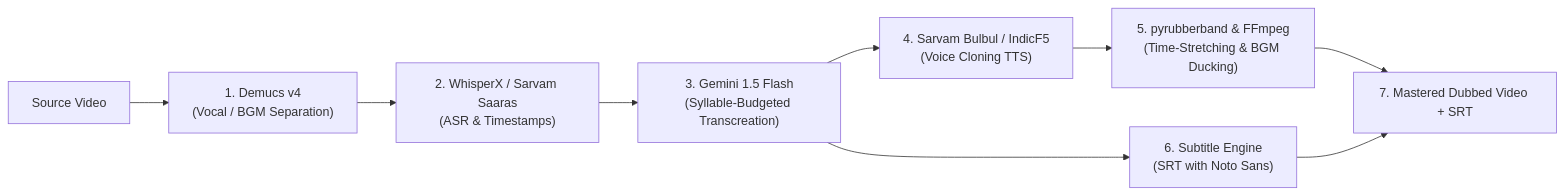
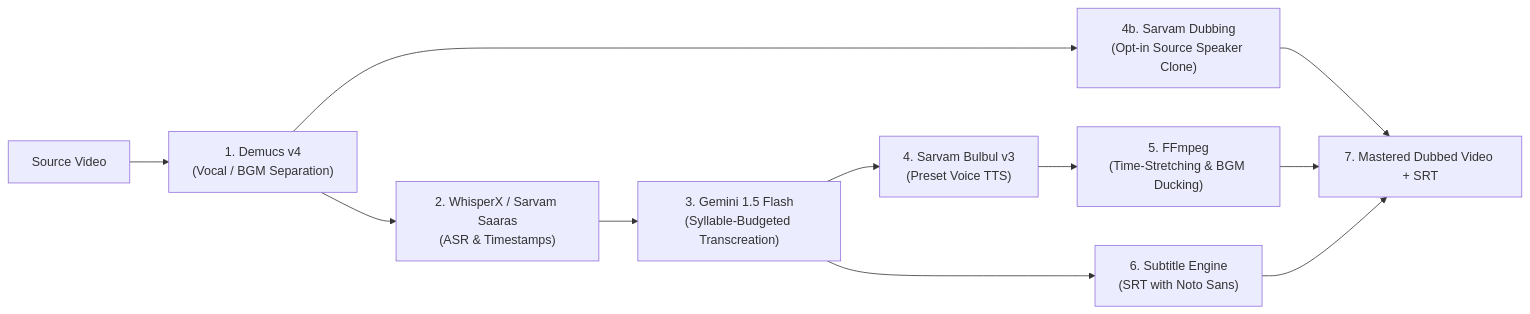
Before and after one commit to Akshit99999/DubX: the diagram in README.md, drawn with Mermaid. The commit also changed other lines of this file and 14 other files, not shown here.

Commit message:
Use Sarvam for consent-gated speaker-preserving dubbing

````diff
--- a/README.md
+++ b/README.md
@@ -121,11 +118,13 @@
 ```mermaid
 flowchart LR
     A["Source Video"] --> B["1. Demucs v4\n(Vocal / BGM Separation)"]
     B --> C["2. WhisperX / Sarvam Saaras\n(ASR & Timestamps)"]
     C --> D["3. Gemini 1.5 Flash\n(Syllable-Budgeted Transcreation)"]
-    D --> E["4. Sarvam Bulbul / IndicF5\n(Voice Cloning TTS)"]
-    E --> F["5. pyrubberband & FFmpeg\n(Time-Stretching & BGM Ducking)"]
+    D --> E["4. Sarvam Bulbul v3\n(Preset Voice TTS)"]
+    B --> I["4b. Sarvam Dubbing\n(Opt-in Source Speaker Clone)"]
+    E --> F["5. FFmpeg\n(Time-Stretching & BGM Ducking)"]
+    I --> H
     D --> G["6. Subtitle Engine\n(SRT with Noto Sans)"]
     F --> H["7. Mastered Dubbed Video + SRT"]
     G --> H
 ```
````
